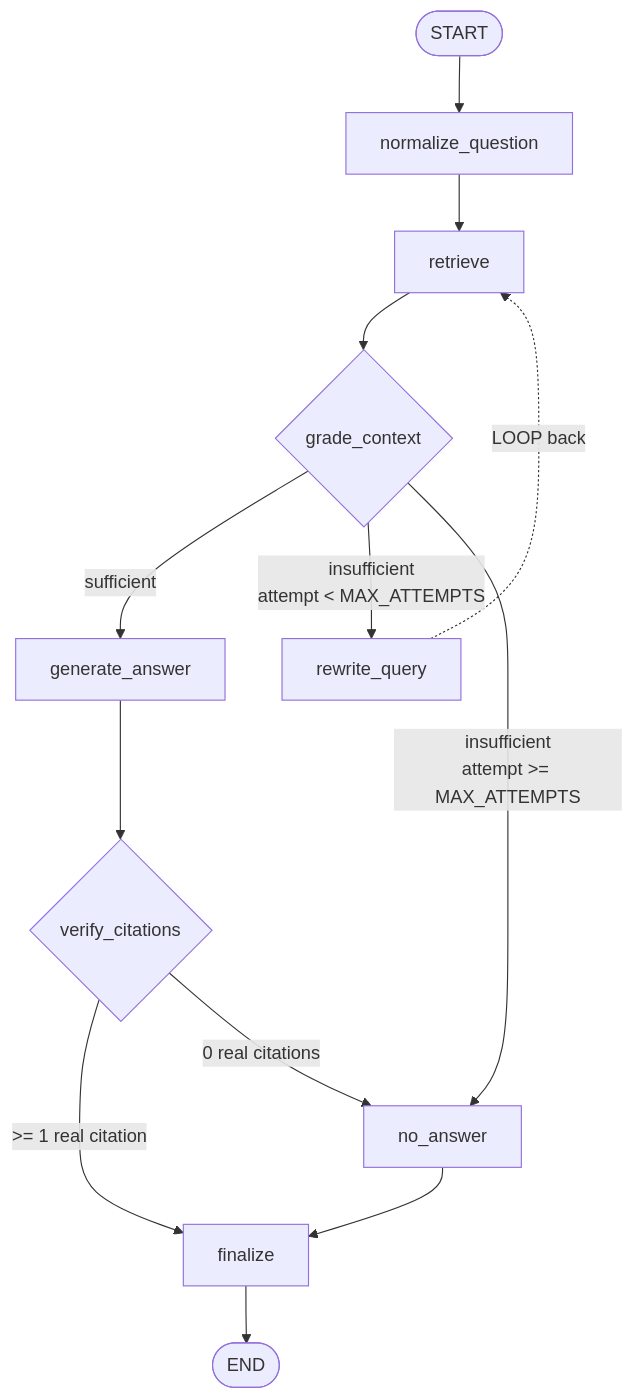
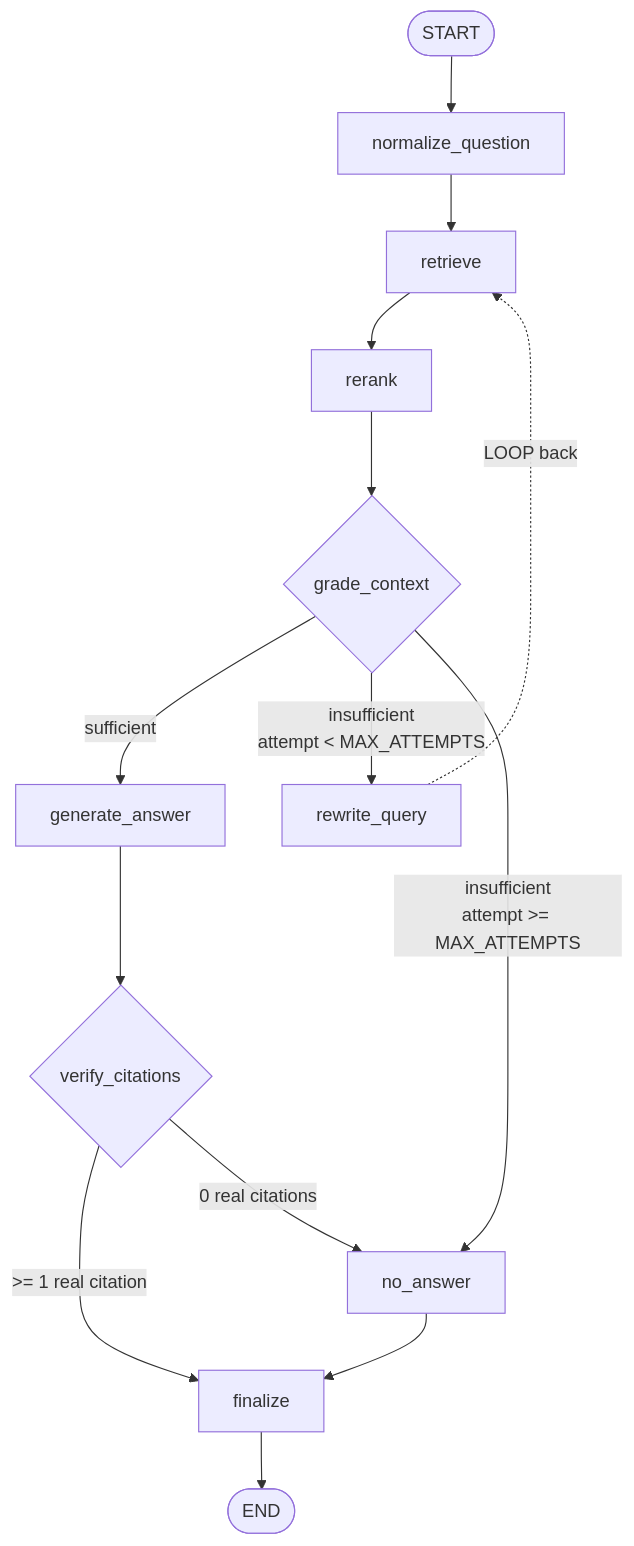
Before and after one commit to anishtilekar/Legixo: the diagram in docs/langgraph.md, drawn with Mermaid. The commit also changed other lines of this file and 15 other files, not shown here.

````diff
--- a/docs/langgraph.md
+++ b/docs/langgraph.md
@@ -14,19 +14,20 @@
 ```mermaid
 graph TD
     START([START]) --> N1[normalize_question]
     N1 --> N2[retrieve]
-    N2 --> N3{grade_context}
+    N2 --> N2b[rerank]
+    N2b --> N3{grade_context}
 
     N3 -->|sufficient| N5[generate_answer]
     N3 -->|insufficient<br/>attempt < MAX_ATTEMPTS| N4[rewrite_query]
     N3 -->|insufficient<br/>attempt >= MAX_ATTEMPTS| N7[no_answer]
 
     N4 -.->|LOOP back| N2
 
     N5 --> N6{verify_citations}
     N6 -->|>= 1 real citation| N8[finalize]
     N6 -->|0 real citations| N7
 
     N7 --> N8
     N8 --> E([END])
 ```
````
